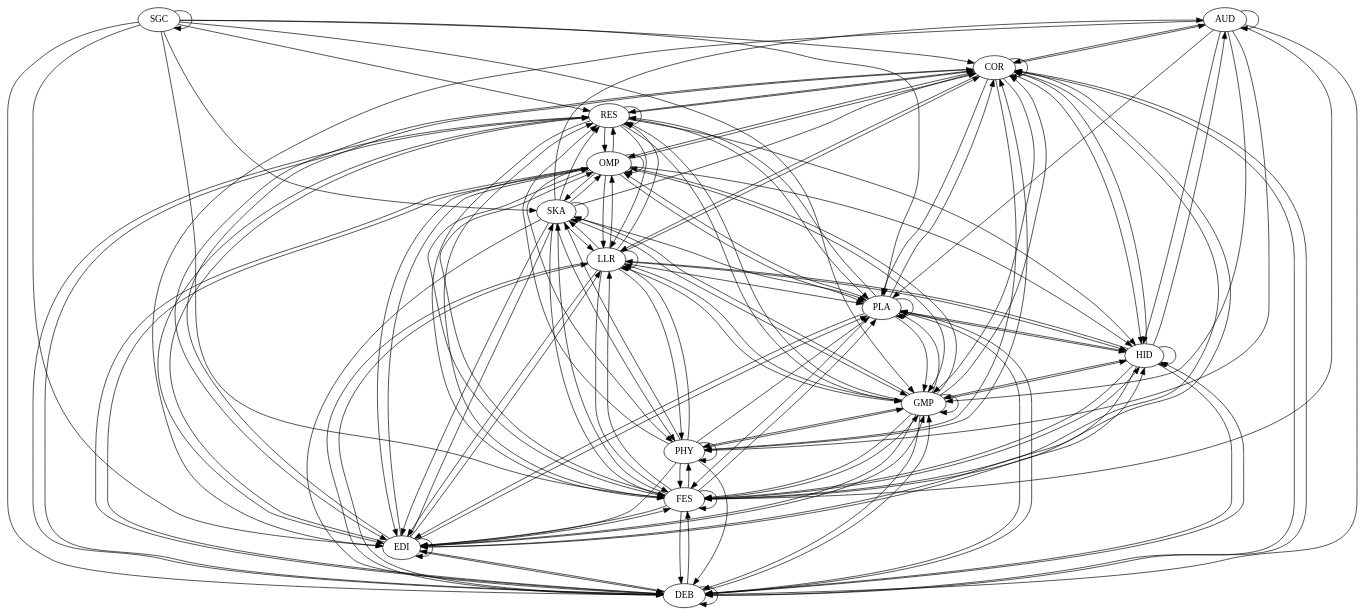
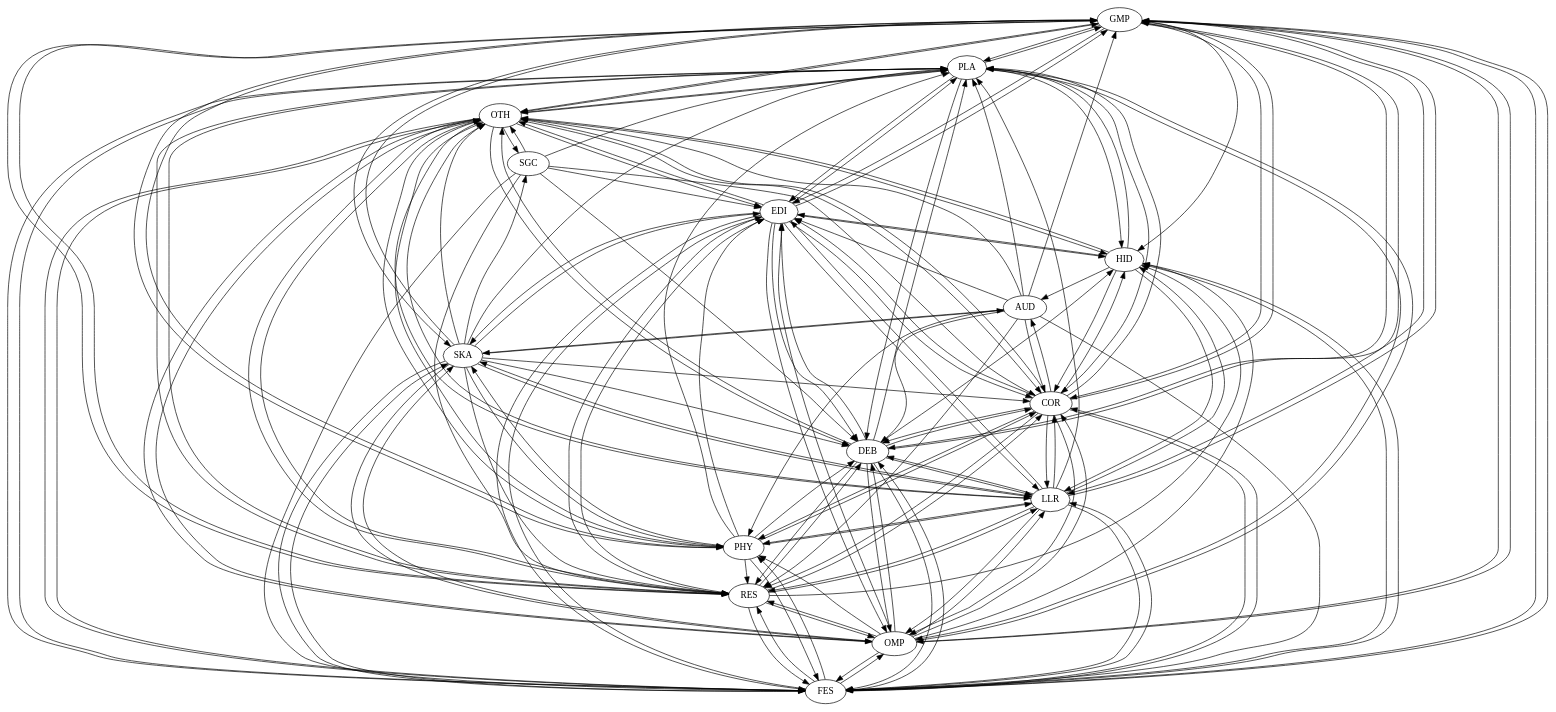
The diagram in 6_architectural_map_gen/outputs/o3de.dot (gamedev-studies/game-engine-analyser), drawn with Graphviz before and after one commit. The commit also changed 11 other files, not shown here.

```diff
--- a/6_architectural_map_gen/outputs/o3de.dot
+++ b/6_architectural_map_gen/outputs/o3de.dot
@@ -1,151 +1,161 @@
 digraph "source tree" {
-	"AUD" -> "AUD"
-	"AUD" -> "COR"
-	"AUD" -> "DEB"
-	"AUD" -> "EDI"
-	"AUD" -> "FES"
-	"AUD" -> "GMP"
-	"AUD" -> "HID"
-	"AUD" -> "PHY"
-	"AUD" -> "PLA"
-	"COR" -> "AUD"
-	"COR" -> "COR"
-	"COR" -> "DEB"
-	"COR" -> "EDI"
-	"COR" -> "FES"
-	"COR" -> "GMP"
-	"COR" -> "HID"
-	"COR" -> "LLR"
-	"COR" -> "OMP"
-	"COR" -> "PHY"
-	"COR" -> "PLA"
-	"COR" -> "RES"
-	"DEB" -> "COR"
-	"DEB" -> "DEB"
-	"DEB" -> "EDI"
-	"DEB" -> "FES"
-	"DEB" -> "GMP"
-	"DEB" -> "HID"
-	"DEB" -> "LLR"
-	"DEB" -> "OMP"
-	"DEB" -> "PLA"
-	"DEB" -> "RES"
-	"EDI" -> "COR"
-	"EDI" -> "DEB"
-	"EDI" -> "EDI"
-	"EDI" -> "FES"
-	"EDI" -> "GMP"
-	"EDI" -> "HID"
-	"EDI" -> "LLR"
-	"EDI" -> "OMP"
-	"EDI" -> "PLA"
-	"EDI" -> "RES"
-	"EDI" -> "SKA"
-	"FES" -> "COR"
-	"FES" -> "DEB"
-	"FES" -> "EDI"
-	"FES" -> "FES"
-	"FES" -> "GMP"
-	"FES" -> "HID"
-	"FES" -> "LLR"
-	"FES" -> "OMP"
-	"FES" -> "PHY"
-	"FES" -> "PLA"
-	"FES" -> "RES"
-	"FES" -> "SKA"
-	"GMP" -> "COR"
-	"GMP" -> "DEB"
-	"GMP" -> "EDI"
-	"GMP" -> "FES"
-	"GMP" -> "GMP"
-	"GMP" -> "HID"
-	"GMP" -> "LLR"
-	"GMP" -> "OMP"
-	"GMP" -> "PHY"
-	"GMP" -> "PLA"
-	"GMP" -> "RES"
-	"GMP" -> "SKA"
-	"HID" -> "AUD"
-	"HID" -> "COR"
-	"HID" -> "DEB"
-	"HID" -> "EDI"
-	"HID" -> "FES"
-	"HID" -> "GMP"
-	"HID" -> "HID"
-	"HID" -> "LLR"
-	"HID" -> "PLA"
-	"LLR" -> "COR"
-	"LLR" -> "DEB"
-	"LLR" -> "EDI"
-	"LLR" -> "FES"
-	"LLR" -> "GMP"
-	"LLR" -> "HID"
-	"LLR" -> "LLR"
-	"LLR" -> "OMP"
-	"LLR" -> "PHY"
-	"LLR" -> "PLA"
-	"LLR" -> "RES"
-	"LLR" -> "SKA"
-	"OMP" -> "COR"
-	"OMP" -> "DEB"
-	"OMP" -> "EDI"
-	"OMP" -> "FES"
-	"OMP" -> "GMP"
-	"OMP" -> "HID"
-	"OMP" -> "LLR"
-	"OMP" -> "OMP"
-	"OMP" -> "PHY"
-	"OMP" -> "PLA"
-	"OMP" -> "RES"
-	"OMP" -> "SKA"
-	"PHY" -> "COR"
-	"PHY" -> "DEB"
-	"PHY" -> "EDI"
-	"PHY" -> "FES"
-	"PHY" -> "GMP"
-	"PHY" -> "LLR"
-	"PHY" -> "PHY"
-	"PHY" -> "PLA"
-	"PHY" -> "RES"
-	"PHY" -> "SKA"
-	"PLA" -> "COR"
-	"PLA" -> "DEB"
-	"PLA" -> "EDI"
-	"PLA" -> "FES"
-	"PLA" -> "GMP"
-	"PLA" -> "HID"
-	"PLA" -> "OMP"
-	"PLA" -> "PLA"
-	"PLA" -> "RES"
-	"RES" -> "COR"
-	"RES" -> "DEB"
-	"RES" -> "EDI"
-	"RES" -> "FES"
-	"RES" -> "GMP"
-	"RES" -> "HID"
-	"RES" -> "LLR"
-	"RES" -> "OMP"
-	"RES" -> "PLA"
-	"RES" -> "RES"
-	"SGC" -> "COR"
-	"SGC" -> "DEB"
-	"SGC" -> "EDI"
-	"SGC" -> "FES"
-	"SGC" -> "GMP"
-	"SGC" -> "PLA"
-	"SGC" -> "RES"
-	"SGC" -> "SGC"
-	"SGC" -> "SKA"
-	"SKA" -> "AUD"
-	"SKA" -> "COR"
-	"SKA" -> "DEB"
-	"SKA" -> "EDI"
-	"SKA" -> "FES"
-	"SKA" -> "GMP"
-	"SKA" -> "LLR"
-	"SKA" -> "OMP"
-	"SKA" -> "PHY"
-	"SKA" -> "PLA"
-	"SKA" -> "RES"
-	"SKA" -> "SKA"
+GMP->PLA
+GMP->FES
+GMP->RES
+GMP->OMP
+GMP->PHY
+GMP->LLR
+GMP->DEB
+GMP->COR
+GMP->EDI
+GMP->SKA
+GMP->HID
+GMP->OTH
+RES->PLA
+RES->FES
+RES->OMP
+RES->LLR
+RES->DEB
+RES->COR
+RES->EDI
+RES->OTH
+RES->HID
+RES->GMP
+LLR->PLA
+LLR->FES
+LLR->RES
+LLR->OMP
+LLR->HID
+LLR->PHY
+LLR->DEB
+LLR->COR
+LLR->SKA
+LLR->OTH
+LLR->GMP
+LLR->EDI
+SGC->RES
+SGC->PLA
+SGC->FES
+SGC->COR
+SGC->OTH
+SGC->DEB
+SGC->EDI
+FES->EDI
+FES->PLA
+FES->RES
+FES->OMP
+FES->PHY
+FES->LLR
+FES->DEB
+FES->COR
+FES->SKA
+FES->OTH
+FES->HID
+FES->GMP
+OMP->PLA
+OMP->FES
+OMP->RES
+OMP->HID
+OMP->PHY
+OMP->LLR
+OMP->DEB
+OMP->COR
+OMP->SKA
+OMP->OTH
+OMP->GMP
+OMP->EDI
+COR->PLA
+COR->FES
+COR->RES
+COR->OMP
+COR->PHY
+COR->LLR
+COR->AUD
+COR->DEB
+COR->EDI
+COR->OTH
+COR->HID
+COR->GMP
+PHY->PLA
+PHY->FES
+PHY->RES
+PHY->LLR
+PHY->DEB
+PHY->COR
+PHY->SKA
+PHY->OTH
+PHY->GMP
+PHY->EDI
+EDI->PLA
+EDI->FES
+EDI->RES
+EDI->OMP
+EDI->LLR
+EDI->DEB
+EDI->COR
+EDI->SKA
+EDI->OTH
+EDI->HID
+EDI->GMP
+HID->PLA
+HID->AUD
+HID->FES
+HID->OTH
+HID->LLR
+HID->COR
+HID->EDI
+AUD->PLA
+AUD->FES
+AUD->RES
+AUD->PHY
+AUD->DEB
+AUD->COR
+AUD->SKA
+AUD->OTH
+AUD->GMP
+AUD->EDI
+SKA->PLA
+SKA->FES
+SKA->RES
+SKA->OMP
+SKA->PHY
+SKA->LLR
+SKA->AUD
+SKA->DEB
+SKA->COR
+SKA->SGC
+SKA->EDI
+SKA->OTH
+SKA->GMP
+PLA->HID
+PLA->RES
+PLA->GMP
+PLA->FES
+PLA->OTH
+PLA->DEB
+PLA->COR
+PLA->OMP
+PLA->EDI
+OTH->FES
+OTH->PLA
+OTH->RES
+OTH->OMP
+OTH->PHY
+OTH->LLR
+OTH->DEB
+OTH->COR
+OTH->SGC
+OTH->EDI
+OTH->HID
+OTH->GMP
+DEB->PLA
+DEB->FES
+DEB->RES
+DEB->OMP
+DEB->LLR
+DEB->COR
+DEB->EDI
+DEB->OTH
+DEB->GMP
+DEB->HID
 }
```
